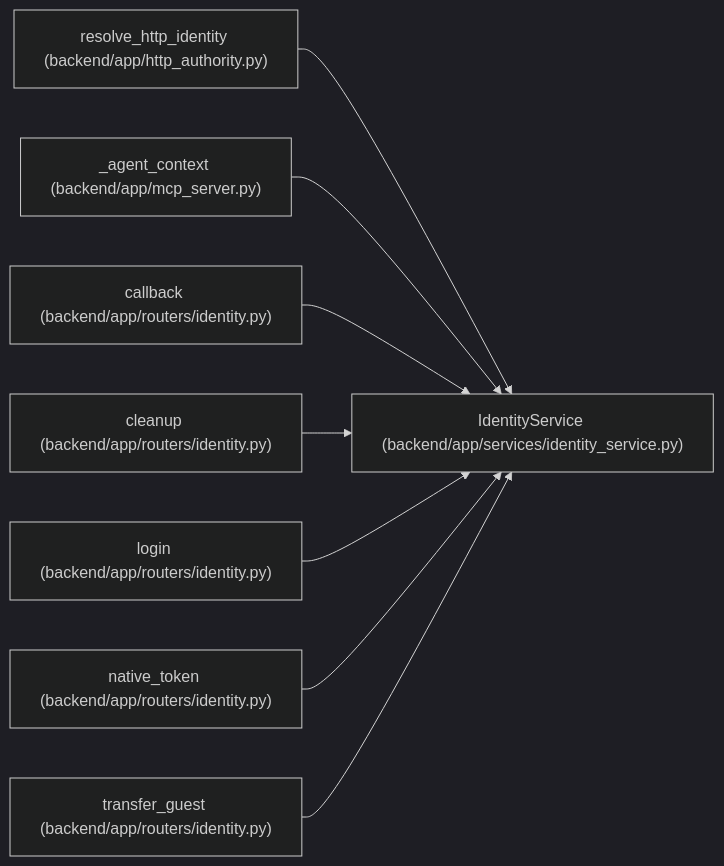
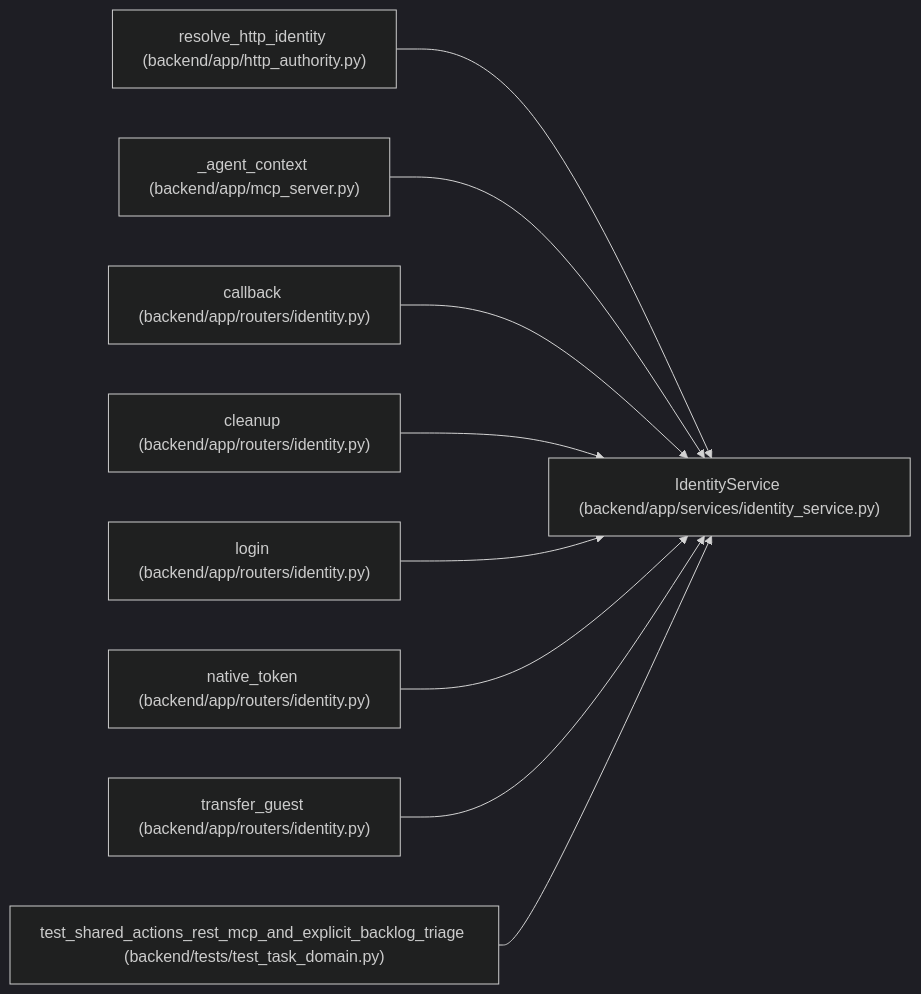
The diagram in docs/llm_wiki/entities/IdentityService.md (Denissvgn/WorkChord), drawn with Mermaid (dark theme) before and after one commit. The commit also changed other lines of this file and 1238 other files, not shown here.

First line of the commit message:
docs(wiki): publish compact canonical domain architecture

````diff
--- a/docs/llm_wiki/entities/IdentityService.md
+++ b/docs/llm_wiki/entities/IdentityService.md
@@ -34,26 +34,29 @@
 ```mermaid
 flowchart LR
     n0["IdentityService (backend/app/services/identity_service.py)"]
     n1["resolve_http_identity (backend/app/http_authority.py)"]
     n2["_agent_context (backend/app/mcp_server.py)"]
     n3["callback (backend/app/routers/identity.py)"]
     n4["cleanup (backend/app/routers/identity.py)"]
     n5["login (backend/app/routers/identity.py)"]
     n6["native_token (backend/app/routers/identity.py)"]
     n7["transfer_guest (backend/app/routers/identity.py)"]
+    n8["test_shared_actions_rest_mcp_and_explicit_backlog_triage (backend/tests/test_task_domain.py)"]
     n1 --> n0
     n2 --> n0
     n3 --> n0
     n4 --> n0
     n5 --> n0
     n6 --> n0
     n7 --> n0
+    n8 --> n0
     click n0 "../modules/identity_service.md"
     click n1 "../modules/http_authority.md"
     click n2 "../modules/mcp_server.md"
     click n3 "../modules/routers_identity.md"
     click n4 "../modules/routers_identity.md"
     click n5 "../modules/routers_identity.md"
     click n6 "../modules/routers_identity.md"
     click n7 "../modules/routers_identity.md"
+    click n8 "../modules/test_task_domain.md"
 ```
````
